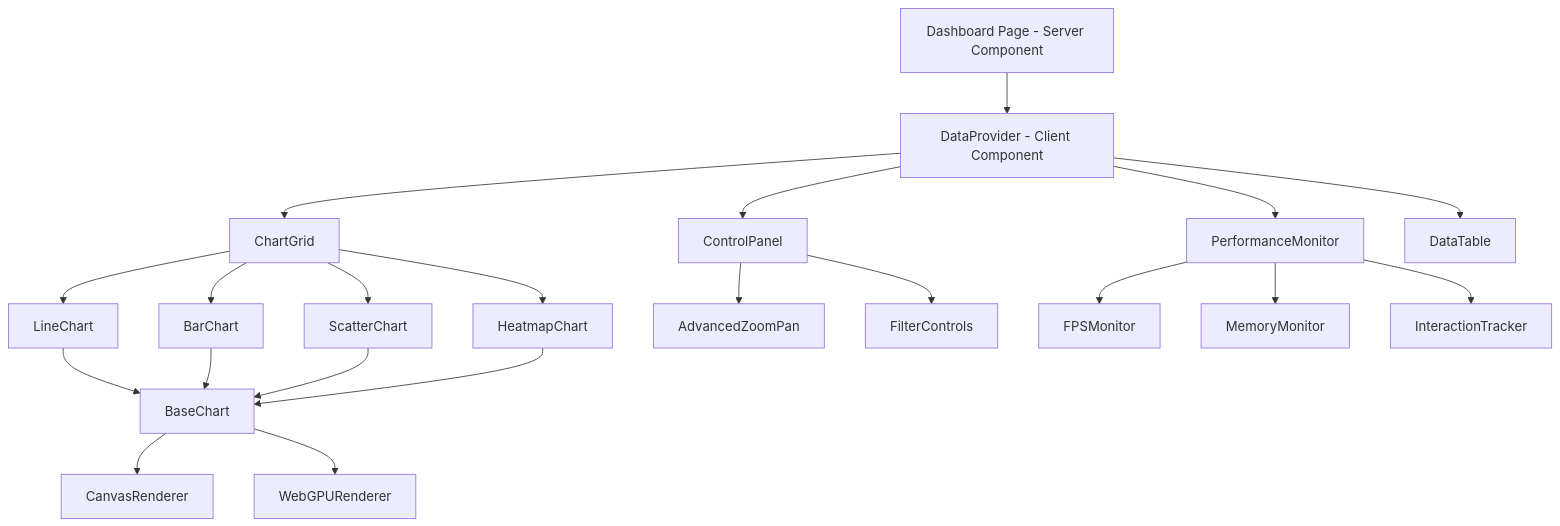
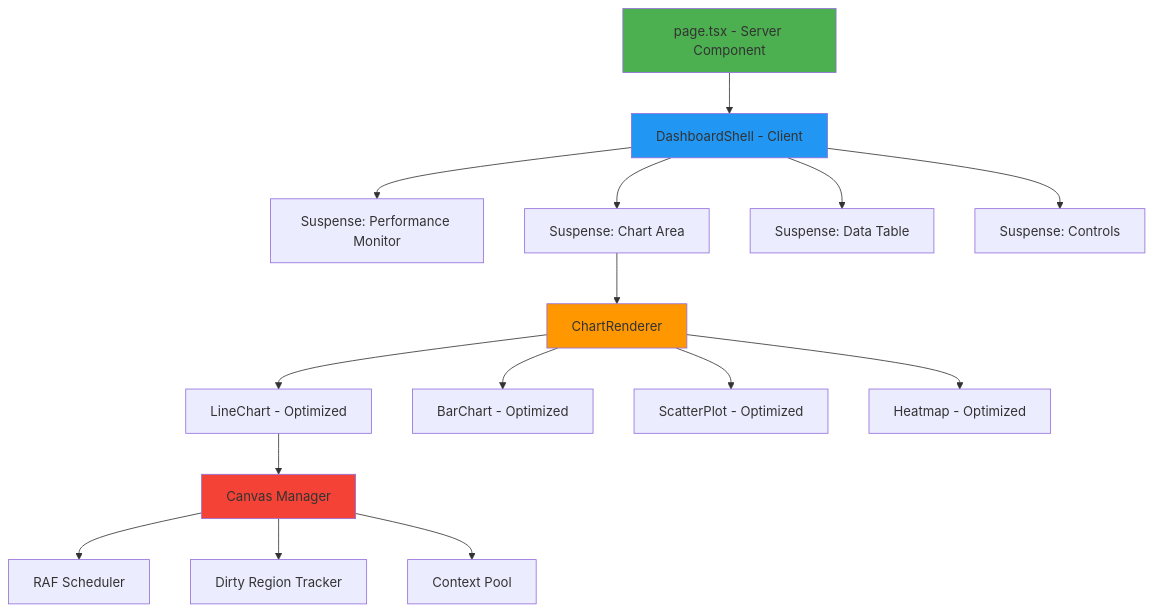
Before and after one commit to KrithinThota/Data-Visualization: the second of 10 diagrams in ARCHITECTURE.md, drawn with Mermaid. The commit also changed other lines of this file and 1 other file, not shown here.

````diff
--- a/ARCHITECTURE.md
+++ b/ARCHITECTURE.md
@@ -31,28 +39,24 @@
 ```mermaid
 graph TD
-    A[Dashboard Page - Server Component] --> B[DataProvider - Client Component]
-    B --> C[PerformanceMonitor]
-    B --> D[ChartGrid]
-    B --> E[ControlPanel]
-    B --> F[DataTable]
-
-    D --> G[LineChart]
-    D --> H[BarChart]
-    D --> I[ScatterChart]
-    D --> J[HeatmapChart]
-
-    G --> K[BaseChart]
-    H --> K
-    I --> K
-    J --> K
-
-    K --> L[CanvasRenderer]
-    K --> M[WebGPURenderer]
-
-    E --> N[AdvancedZoomPan]
-    E --> O[FilterControls]
-
-    C --> P[FPSMonitor]
-    C --> Q[MemoryMonitor]
-    C --> R[InteractionTracker]
+    A[page.tsx - Server Component] --> B[DashboardShell - Client]
+    B --> C[Suspense: Performance Monitor]
+    B --> D[Suspense: Chart Area]
+    B --> E[Suspense: Data Table]
+    B --> F[Suspense: Controls]
+    
+    D --> G[ChartRenderer]
+    G --> H[LineChart - Optimized]
+    G --> I[BarChart - Optimized]
+    G --> J[ScatterPlot - Optimized]
+    G --> K[Heatmap - Optimized]
+    
+    H --> L[Canvas Manager]
+    L --> M[RAF Scheduler]
+    L --> N[Dirty Region Tracker]
+    L --> O[Context Pool]
+    
+    style A fill:#4caf50
+    style B fill:#2196f3
+    style G fill:#ff9800
+    style L fill:#f44336
 ```
````
